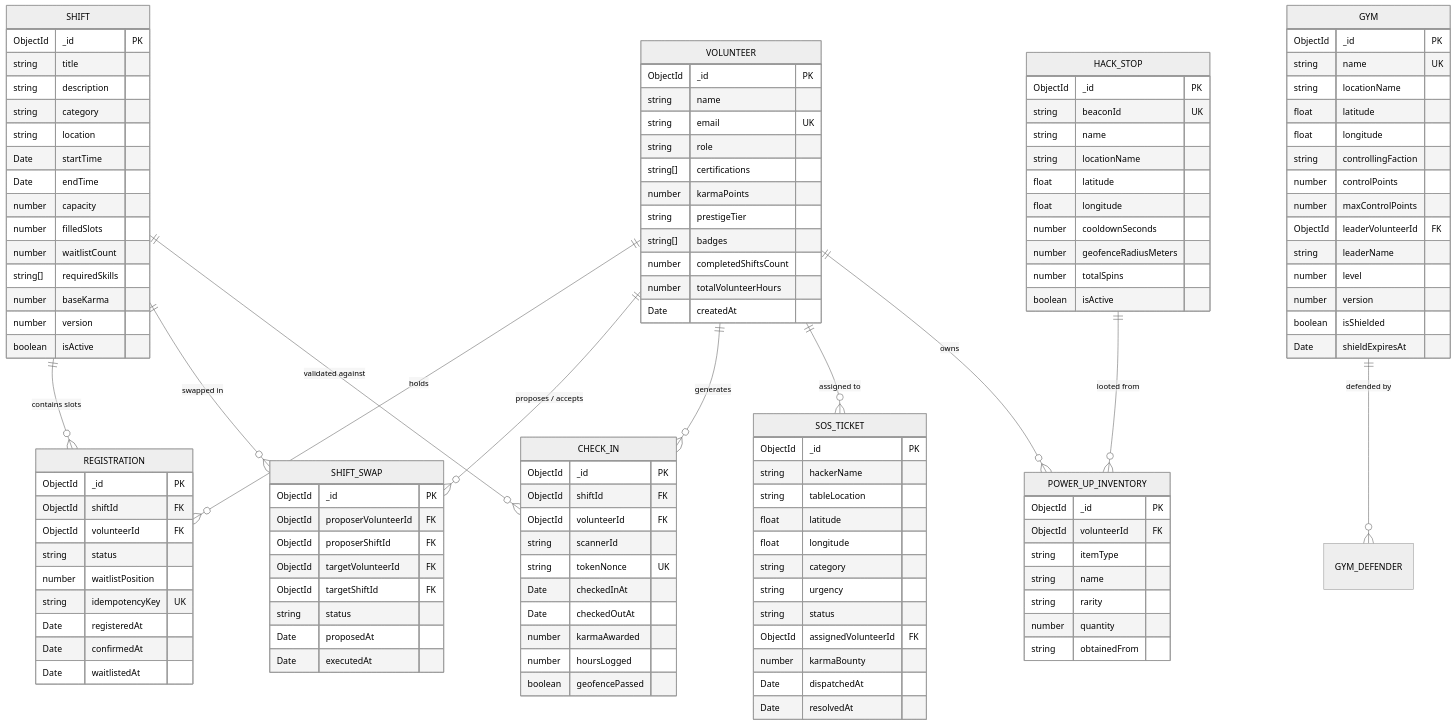
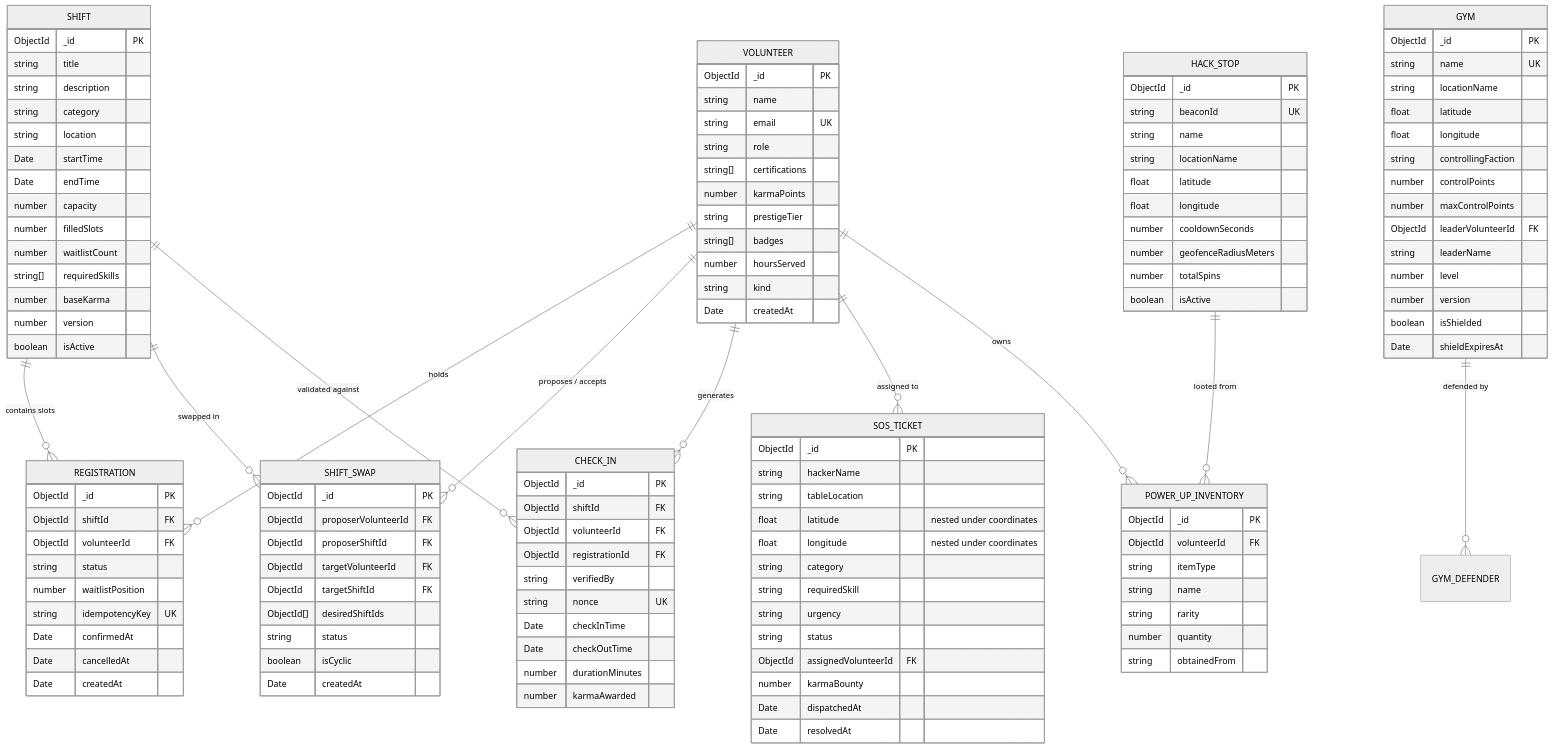
The second of 10 diagrams in ARCHITECTURE.md (aritroBh/HackIllinois-2027-Systems-Coding-Challenge), drawn with Mermaid (neutral theme) before and after one commit. The commit also changed other lines of this file and 89 other files, not shown here.

```diff
--- a/ARCHITECTURE.md
+++ b/ARCHITECTURE.md
@@ -126,8 +126,8 @@
         number karmaPoints
         string prestigeTier
         string[] badges
-        number completedShiftsCount
-        number totalVolunteerHours
+        number hoursServed
+        string kind
         Date createdAt
     }
 
@@ -155,22 +155,22 @@
         string status
         number waitlistPosition
         string idempotencyKey UK
-        Date registeredAt
         Date confirmedAt
-        Date waitlistedAt
+        Date cancelledAt
+        Date createdAt
     }
 
     CHECK_IN {
         ObjectId _id PK
         ObjectId shiftId FK
         ObjectId volunteerId FK
-        string scannerId
-        string tokenNonce UK
-        Date checkedInAt
-        Date checkedOutAt
+        ObjectId registrationId FK
+        string verifiedBy
+        string nonce UK
+        Date checkInTime
+        Date checkOutTime
+        number durationMinutes
         number karmaAwarded
-        number hoursLogged
-        boolean geofencePassed
     }
 
     SHIFT_SWAP {
@@ -179,18 +179,20 @@
         ObjectId proposerShiftId FK
         ObjectId targetVolunteerId FK
         ObjectId targetShiftId FK
+        ObjectId[] desiredShiftIds
         string status
-        Date proposedAt
-        Date executedAt
+        boolean isCyclic
+        Date createdAt
     }
 
     SOS_TICKET {
         ObjectId _id PK
         string hackerName
         string tableLocation
-        float latitude
-        float longitude
+        float latitude "nested under coordinates"
+        float longitude "nested under coordinates"
         string category
+        string requiredSkill
         string urgency
         string status
         ObjectId assignedVolunteerId FK
```
